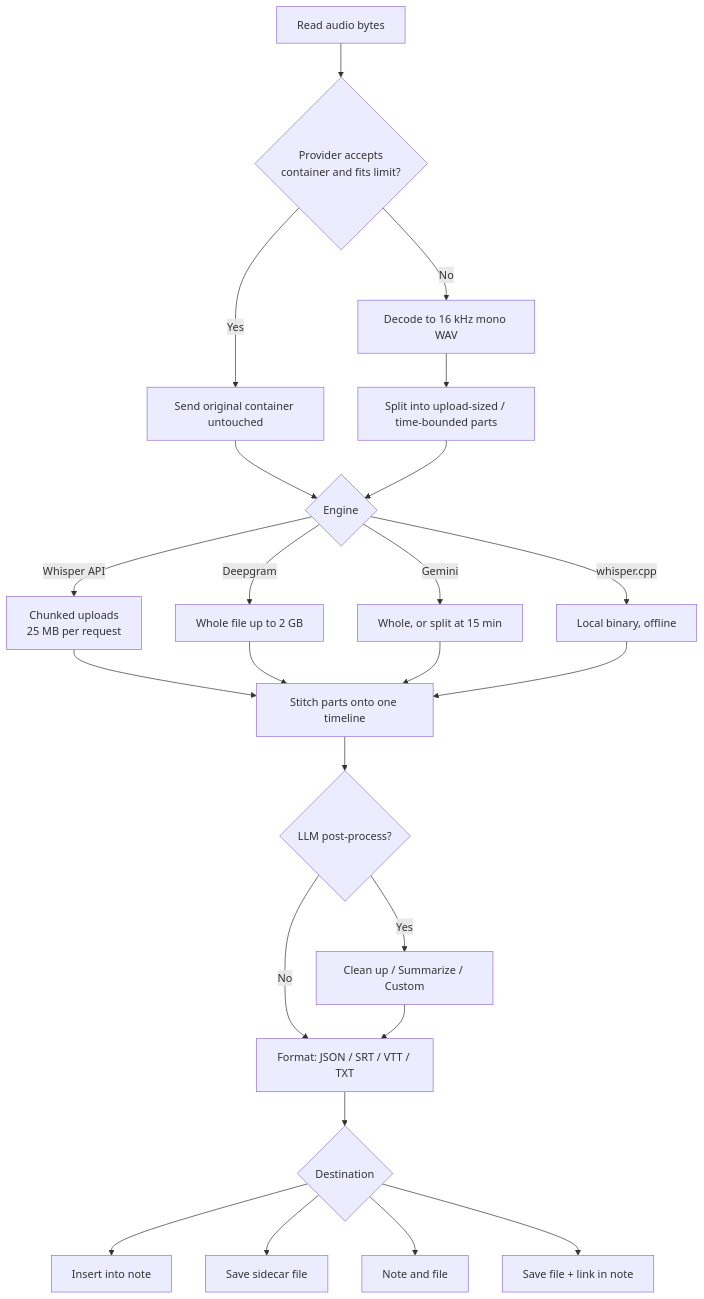
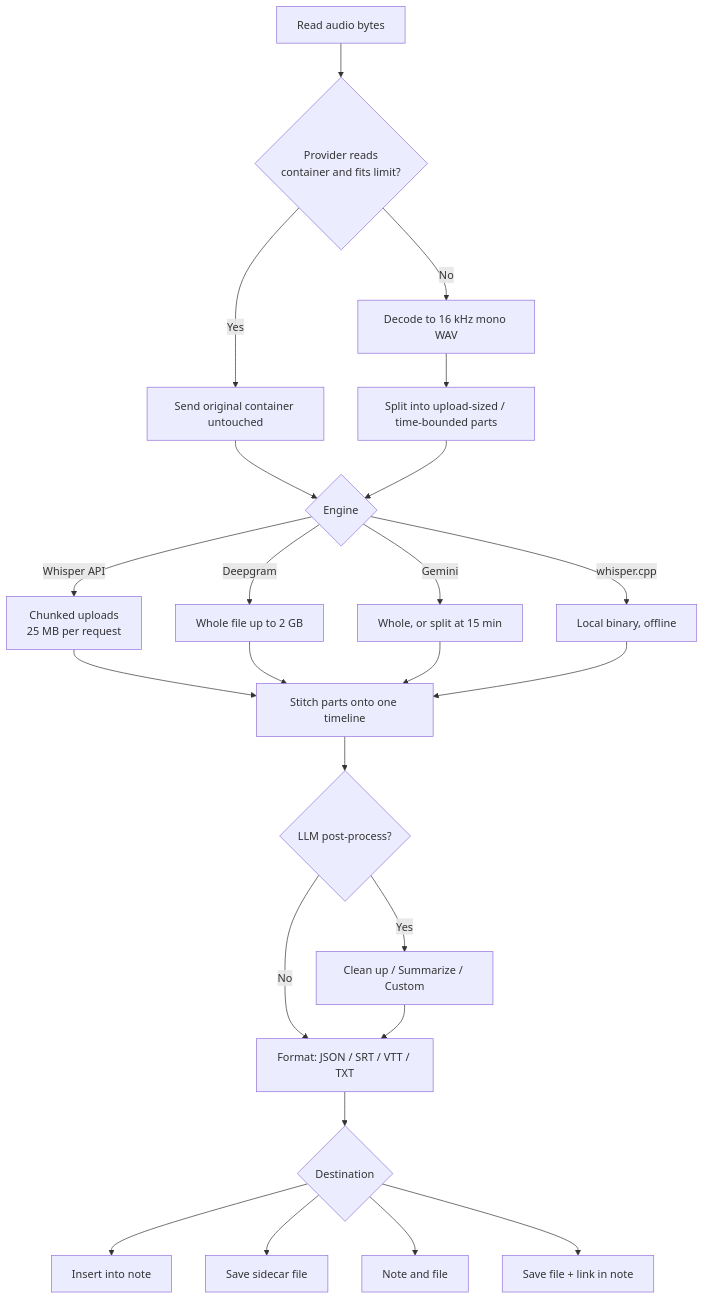
Before and after one commit to akhmialeuski/advanced-audio-recorder: the fourth of 7 diagrams in docs/architecture.md, drawn with Mermaid. The commit also changed other lines of this file and 26 other files, not shown here.

````diff
--- a/docs/architecture.md
+++ b/docs/architecture.md
@@ -255,32 +255,32 @@
 ```mermaid
 flowchart TD
-    READ[Read audio bytes] --> PREP{Provider accepts<br/>container and fits limit?}
+    READ[Read audio bytes] --> PREP{Provider reads<br/>container and fits limit?}
 
     PREP -->|Yes| WHOLE[Send original container untouched]
     PREP -->|No| DECODE[Decode to 16 kHz mono WAV]
     DECODE --> CHUNK[Split into upload-sized / time-bounded parts]
 
     WHOLE --> PROVIDER{Engine}
     CHUNK --> PROVIDER
 
     PROVIDER -->|Whisper API| W[Chunked uploads<br/>25 MB per request]
     PROVIDER -->|Deepgram| D[Whole file up to 2 GB]
     PROVIDER -->|Gemini| G[Whole, or split at 15 min]
     PROVIDER -->|whisper.cpp| L[Local binary, offline]
 
     W --> STITCH[Stitch parts onto one timeline]
     D --> STITCH
     G --> STITCH
     L --> STITCH
 
     STITCH --> POST{LLM post-process?}
     POST -->|Yes| LLM[Clean up / Summarize / Custom]
     POST -->|No| FMT
     LLM --> FMT[Format: JSON / SRT / VTT / TXT]
 
     FMT --> DEST{Destination}
     DEST --> NOTE[Insert into note]
     DEST --> FILE[Save sidecar file]
     DEST --> BOTH[Note and file]
     DEST --> LINK[Save file + link in note]
 ```
````
